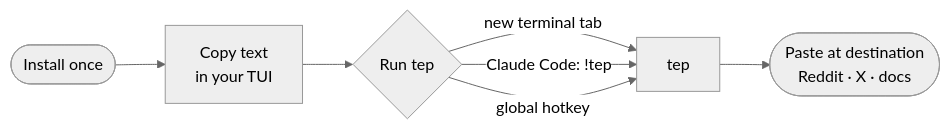
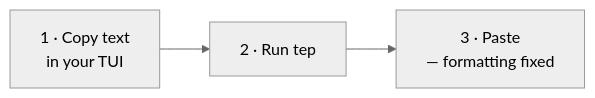
Before and after one commit to weijt606/TUI-easy-past: the diagram in README.md, drawn with Mermaid (neutral theme). The commit also changed other lines of this file and 1 other file, not shown here.

First line of the commit message:
docs: simplify workflow diagram, drop hotkey section, add !tep guide

````diff
--- a/README.md
+++ b/README.md
@@ -43,9 +45,4 @@
 ```mermaid
 flowchart LR
-    A(["Install once"]) --> B["Copy text<br/>in your TUI"]
-    B --> C{"Run tep"}
-    C -->|"new terminal tab"| T["tep"]
-    C -->|"Claude Code: !tep"| T
-    C -->|"global hotkey"| T
-    T --> D(["Paste at destination<br/>Reddit · X · docs"])
+    A["1 · Copy text<br/>in your TUI"] --> B["2 · Run tep"] --> C["3 · Paste<br/>— formatting fixed"]
 ```
````
